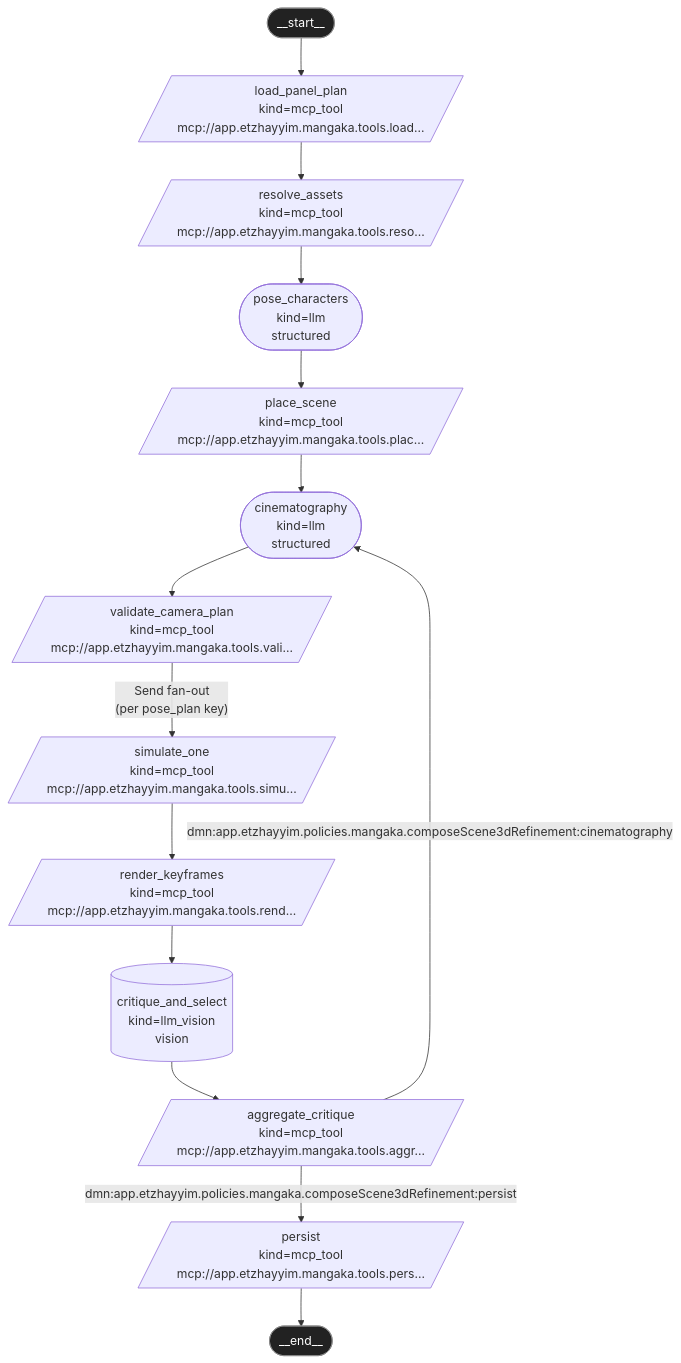
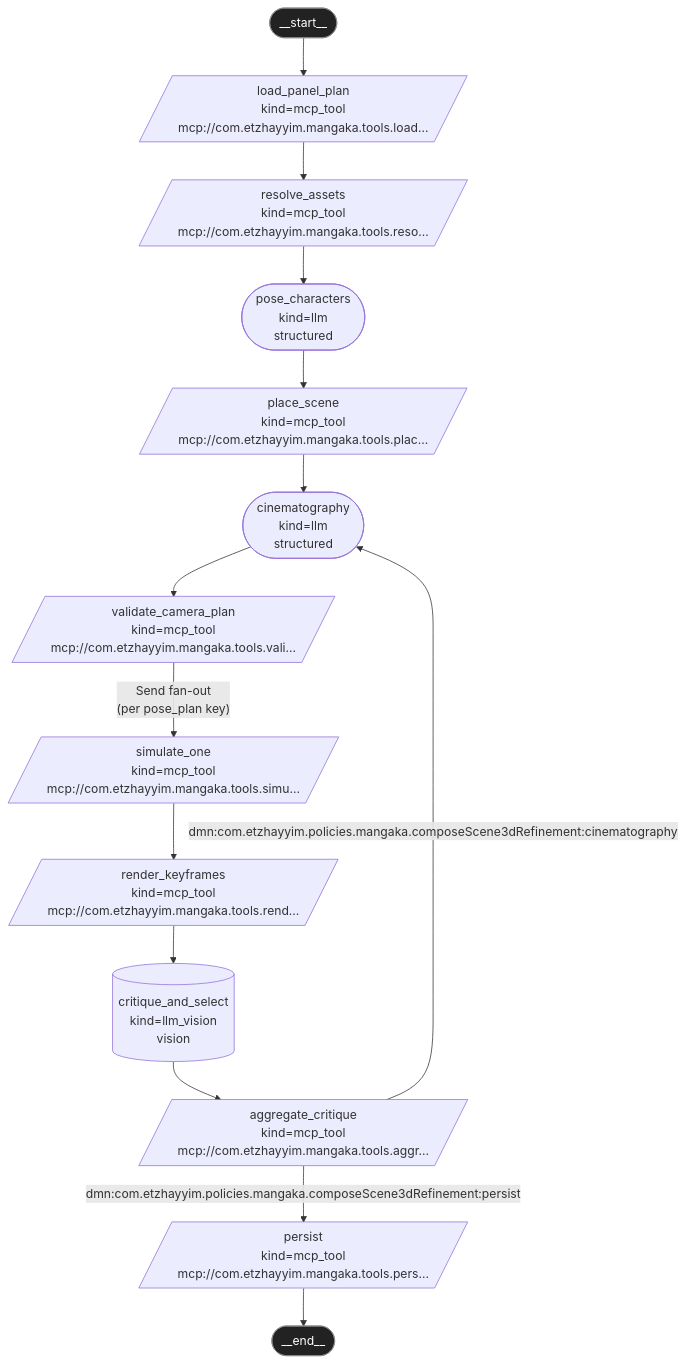
The diagram in 60-apps/ai-gftd-project-mangaka/lg/scripts/demo_outputs/topology.mermaid.md (etzhayyim/root), drawn with Mermaid before and after one commit. The commit also changed 2340 other files, not shown here.

Commit message:
chore: commit remaining file changes for the com.etzhayyim rename

````diff
--- a/60-apps/ai-gftd-project-mangaka/lg/scripts/demo_outputs/topology.mermaid.md
+++ b/60-apps/ai-gftd-project-mangaka/lg/scripts/demo_outputs/topology.mermaid.md
@@ -1,30 +1,30 @@
 ```mermaid
 flowchart TD
     START([__start__]):::start
-    load_panel_plan[/"load_panel_plan<br/>kind=mcp_tool<br/>mcp://app.etzhayyim.mangaka.tools.load..."/]
-    resolve_assets[/"resolve_assets<br/>kind=mcp_tool<br/>mcp://app.etzhayyim.mangaka.tools.reso..."/]
+    load_panel_plan[/"load_panel_plan<br/>kind=mcp_tool<br/>mcp://com.etzhayyim.mangaka.tools.load..."/]
+    resolve_assets[/"resolve_assets<br/>kind=mcp_tool<br/>mcp://com.etzhayyim.mangaka.tools.reso..."/]
     pose_characters(["pose_characters<br/>kind=llm<br/>structured"])
-    place_scene[/"place_scene<br/>kind=mcp_tool<br/>mcp://app.etzhayyim.mangaka.tools.plac..."/]
+    place_scene[/"place_scene<br/>kind=mcp_tool<br/>mcp://com.etzhayyim.mangaka.tools.plac..."/]
     cinematography(["cinematography<br/>kind=llm<br/>structured"])
-    validate_camera_plan[/"validate_camera_plan<br/>kind=mcp_tool<br/>mcp://app.etzhayyim.mangaka.tools.vali..."/]
-    simulate_one[/"simulate_one<br/>kind=mcp_tool<br/>mcp://app.etzhayyim.mangaka.tools.simu..."/]
-    render_keyframes[/"render_keyframes<br/>kind=mcp_tool<br/>mcp://app.etzhayyim.mangaka.tools.rend..."/]
+    validate_camera_plan[/"validate_camera_plan<br/>kind=mcp_tool<br/>mcp://com.etzhayyim.mangaka.tools.vali..."/]
+    simulate_one[/"simulate_one<br/>kind=mcp_tool<br/>mcp://com.etzhayyim.mangaka.tools.simu..."/]
+    render_keyframes[/"render_keyframes<br/>kind=mcp_tool<br/>mcp://com.etzhayyim.mangaka.tools.rend..."/]
     critique_and_select[("critique_and_select<br/>kind=llm_vision<br/>vision")]
-    aggregate_critique[/"aggregate_critique<br/>kind=mcp_tool<br/>mcp://app.etzhayyim.mangaka.tools.aggr..."/]
-    persist[/"persist<br/>kind=mcp_tool<br/>mcp://app.etzhayyim.mangaka.tools.pers..."/]
+    aggregate_critique[/"aggregate_critique<br/>kind=mcp_tool<br/>mcp://com.etzhayyim.mangaka.tools.aggr..."/]
+    persist[/"persist<br/>kind=mcp_tool<br/>mcp://com.etzhayyim.mangaka.tools.pers..."/]
     END([__end__]):::start
     START --> load_panel_plan
     load_panel_plan --> resolve_assets
     resolve_assets --> pose_characters
     pose_characters --> place_scene
     place_scene --> cinematography
     cinematography --> validate_camera_plan
     simulate_one --> render_keyframes
     render_keyframes --> critique_and_select
     critique_and_select --> aggregate_critique
     persist --> END
     validate_camera_plan -- "Send fan-out<br/>(per pose_plan key)" --> simulate_one
-    aggregate_critique -- "dmn:app.etzhayyim.policies.mangaka.composeScene3dRefinement:cinematography" --> cinematography
-    aggregate_critique -- "dmn:app.etzhayyim.policies.mangaka.composeScene3dRefinement:persist" --> persist
+    aggregate_critique -- "dmn:com.etzhayyim.policies.mangaka.composeScene3dRefinement:cinematography" --> cinematography
+    aggregate_critique -- "dmn:com.etzhayyim.policies.mangaka.composeScene3dRefinement:persist" --> persist
     classDef start fill:#222,stroke:#888,color:#fff
 ```
````
